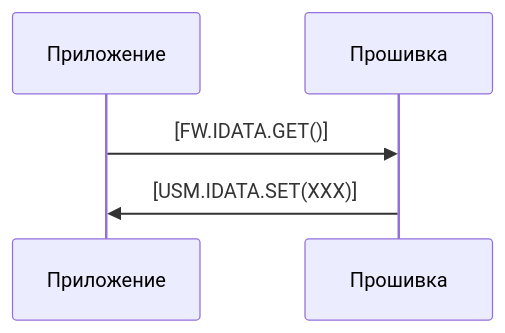
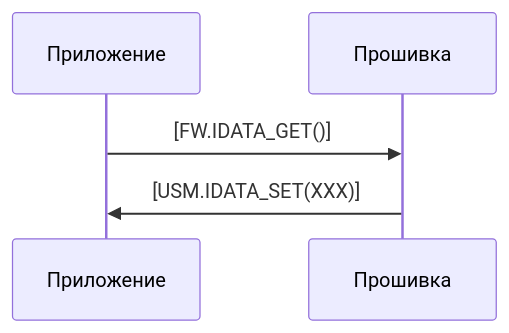
One commit to KhudyakovAlex/Synapse changed the first of 2 diagrams in PDS/SynapsePDS_FW_Logic.md. Above: the diagram before and after it, drawn with Mermaid. The commit also changed other lines of this file and 8 other files, not shown here.

Commit message:
Update docs: fix USML telegrams format, add sequenceDiagram rule to prompt

````diff
--- a/PDS/SynapsePDS_FW_Logic.md
+++ b/PDS/SynapsePDS_FW_Logic.md
@@ -62,8 +62,8 @@
 ```mermaid
 sequenceDiagram
     participant Приложение
     participant Прошивка
 
-    Приложение->>Прошивка:[FW.IDATA.GET()]
-    Прошивка->>Приложение:[USM.IDATA.SET(XXX)]
+    Приложение->>Прошивка:[FW.IDATA_GET()]
+    Прошивка->>Приложение:[USM.IDATA_SET(XXX)]
 ```
````
